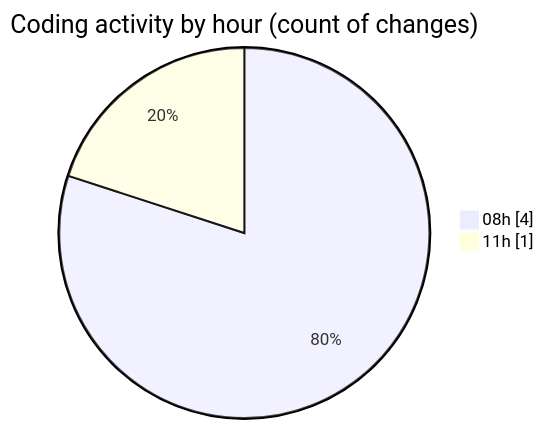
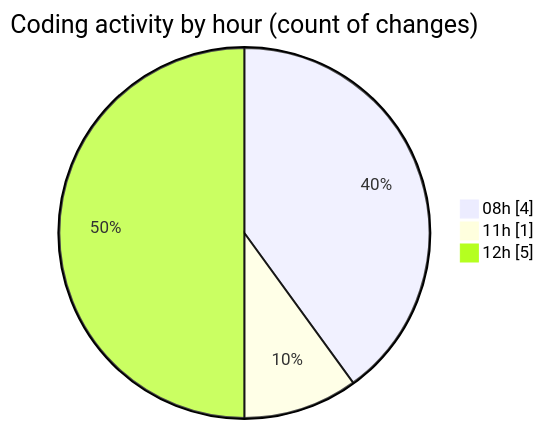
One commit to Elitesun/code-tracking changed the second of 2 diagrams in 2025-02-10/react_ecom/README.md. Above: the diagram before and after it, drawn with Mermaid. The commit also changed other lines of this file and 1 other file, not shown here.

````diff
--- a/2025-02-10/react_ecom/README.md
+++ b/2025-02-10/react_ecom/README.md
@@ -31,6 +32,7 @@
 ```mermaid
 pie showData
 title Coding activity by hour (count of changes)
 "08h" : 4
 "11h" : 1
+"12h" : 5
 ```
````
